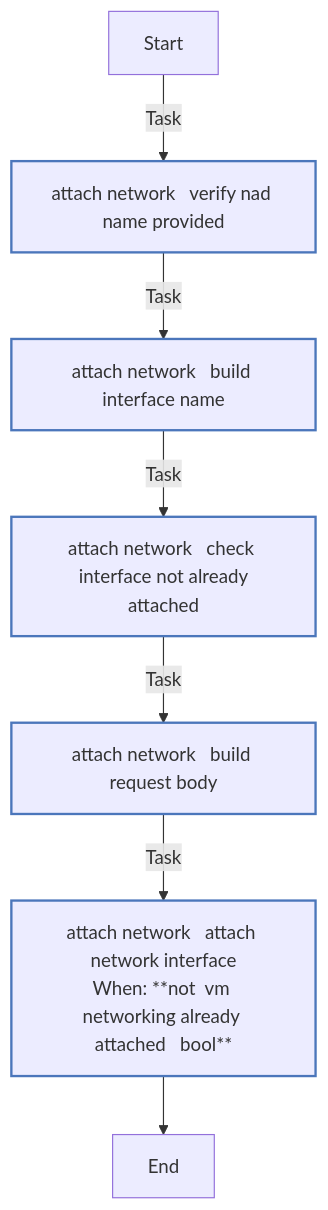
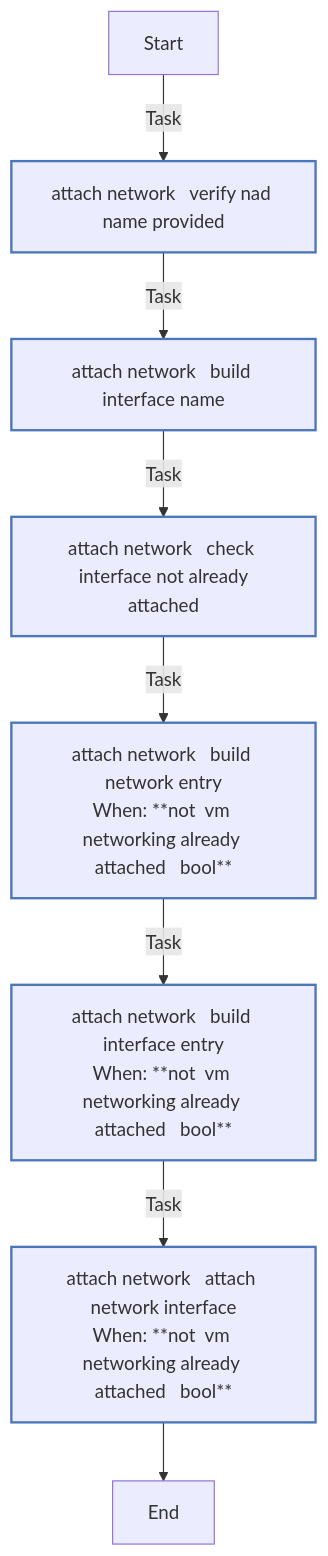
Before and after one commit to redhat-cop/openshift_virtualization_ops: the first of 4 diagrams in roles/vm_networking/README.md, drawn with Mermaid. The commit also changed other lines of this file and 3 other files, not shown here.

````diff
--- a/roles/vm_networking/README.md
+++ b/roles/vm_networking/README.md
@@ -96,19 +95,20 @@
 ```mermaid
 flowchart TD
 Start
 classDef block stroke:#3498db,stroke-width:2px;
 classDef task stroke:#4b76bb,stroke-width:2px;
 classDef includeTasks stroke:#16a085,stroke-width:2px;
 classDef importTasks stroke:#34495e,stroke-width:2px;
 classDef includeRole stroke:#2980b9,stroke-width:2px;
 classDef importRole stroke:#699ba7,stroke-width:2px;
 classDef includeVars stroke:#8e44ad,stroke-width:2px;
 classDef rescue stroke:#665352,stroke-width:2px;
 
   Start-->|Task| _attach_network___Verify_NAD_Name_Provided0[ attach network   verify nad name provided]:::task
   _attach_network___Verify_NAD_Name_Provided0-->|Task| _attach_network___Build_Interface_Name1[ attach network   build interface name]:::task
   _attach_network___Build_Interface_Name1-->|Task| _attach_network___Check_Interface_Not_Already_Attached2[ attach network   check interface not already<br>attached]:::task
-  _attach_network___Check_Interface_Not_Already_Attached2-->|Task| _attach_network___Build_Request_Body3[ attach network   build request body]:::task
-  _attach_network___Build_Request_Body3-->|Task| _attach_network___Attach_Network_Interface4[ attach network   attach network interface<br>When: **not  vm networking already attached   bool**]:::task
-  _attach_network___Attach_Network_Interface4-->End
+  _attach_network___Check_Interface_Not_Already_Attached2-->|Task| _attach_network___Build_Network_Entry3[ attach network   build network entry<br>When: **not  vm networking already attached   bool**]:::task
+  _attach_network___Build_Network_Entry3-->|Task| _attach_network___Build_Interface_Entry4[ attach network   build interface entry<br>When: **not  vm networking already attached   bool**]:::task
+  _attach_network___Build_Interface_Entry4-->|Task| _attach_network___Attach_Network_Interface5[ attach network   attach network interface<br>When: **not  vm networking already attached   bool**]:::task
+  _attach_network___Attach_Network_Interface5-->End
 ```
````
